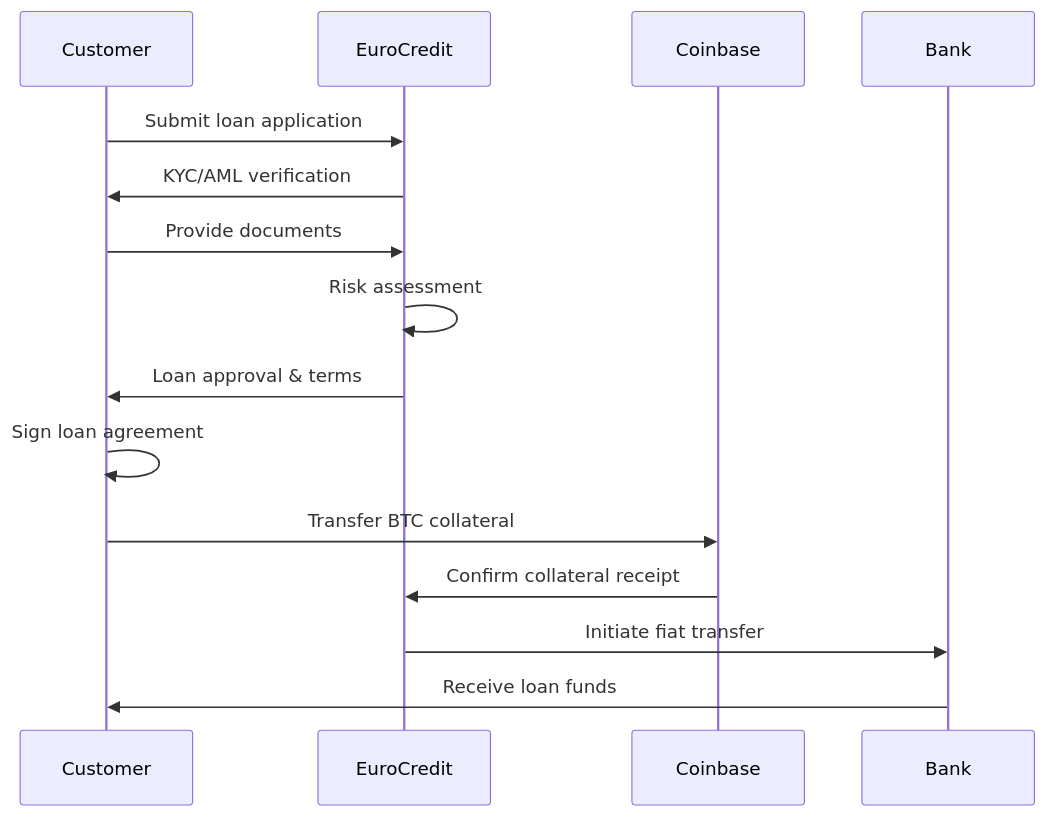
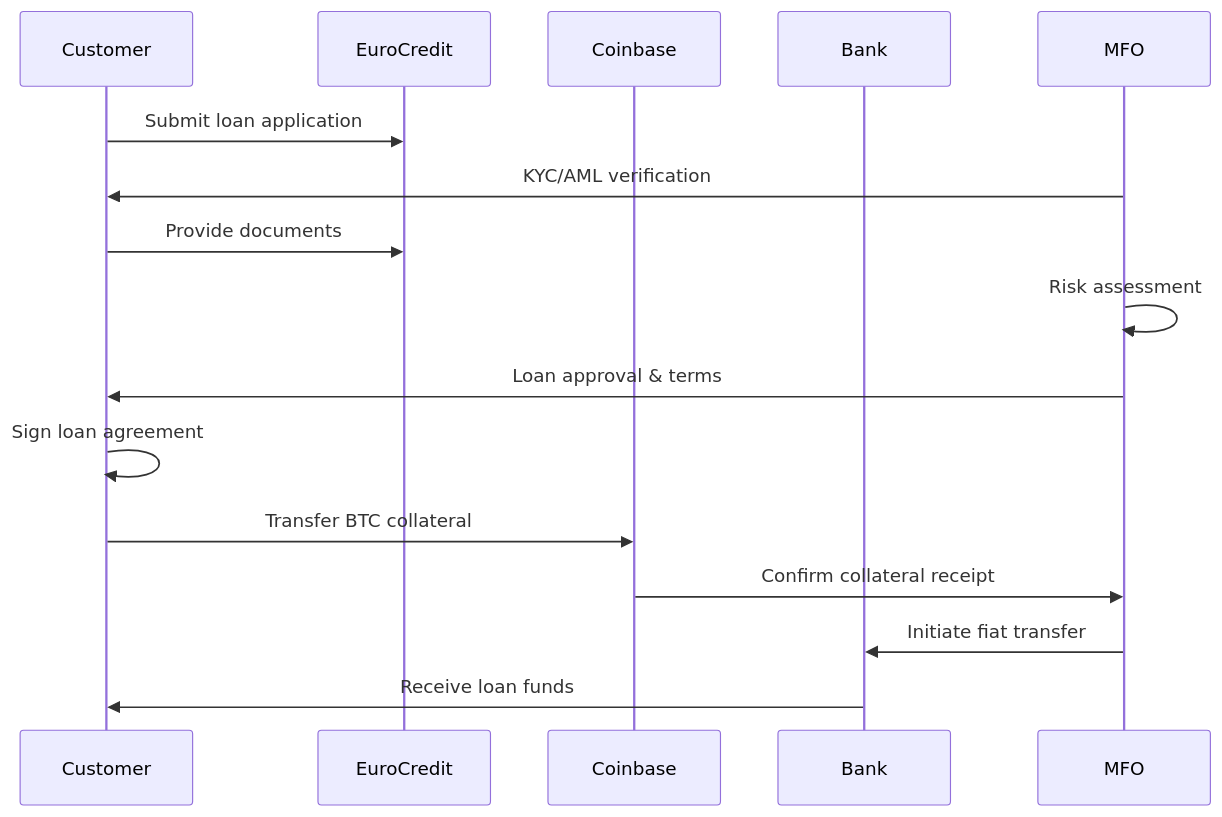
One commit to AppifySheets/eurocredit-btc-loans changed the first of 6 diagrams in btc-loans-proposal.md. Above: the diagram before and after it, drawn with Mermaid. The commit also changed other lines of this file, not shown here.

First line of the commit message:
Simplify linear mermaid diagrams to bullet points for better readability

````diff
--- a/btc-loans-proposal.md
+++ b/btc-loans-proposal.md
@@ -67,18 +61,18 @@
 ```mermaid
 sequenceDiagram
     participant Customer
     participant EuroCredit
     participant Coinbase
     participant Bank
     
     Customer->>EuroCredit: Submit loan application
-    EuroCredit->>Customer: KYC/AML verification
+    MFO->>Customer: KYC/AML verification
     Customer->>EuroCredit: Provide documents
-    EuroCredit->>EuroCredit: Risk assessment
-    EuroCredit->>Customer: Loan approval & terms
+    MFO->>MFO: Risk assessment
+    MFO->>Customer: Loan approval & terms
     Customer->>Customer: Sign loan agreement
     Customer->>Coinbase: Transfer BTC collateral
-    Coinbase->>EuroCredit: Confirm collateral receipt
-    EuroCredit->>Bank: Initiate fiat transfer
+    Coinbase->>MFO: Confirm collateral receipt
+    MFO->>Bank: Initiate fiat transfer
     Bank->>Customer: Receive loan funds
 ```
````
